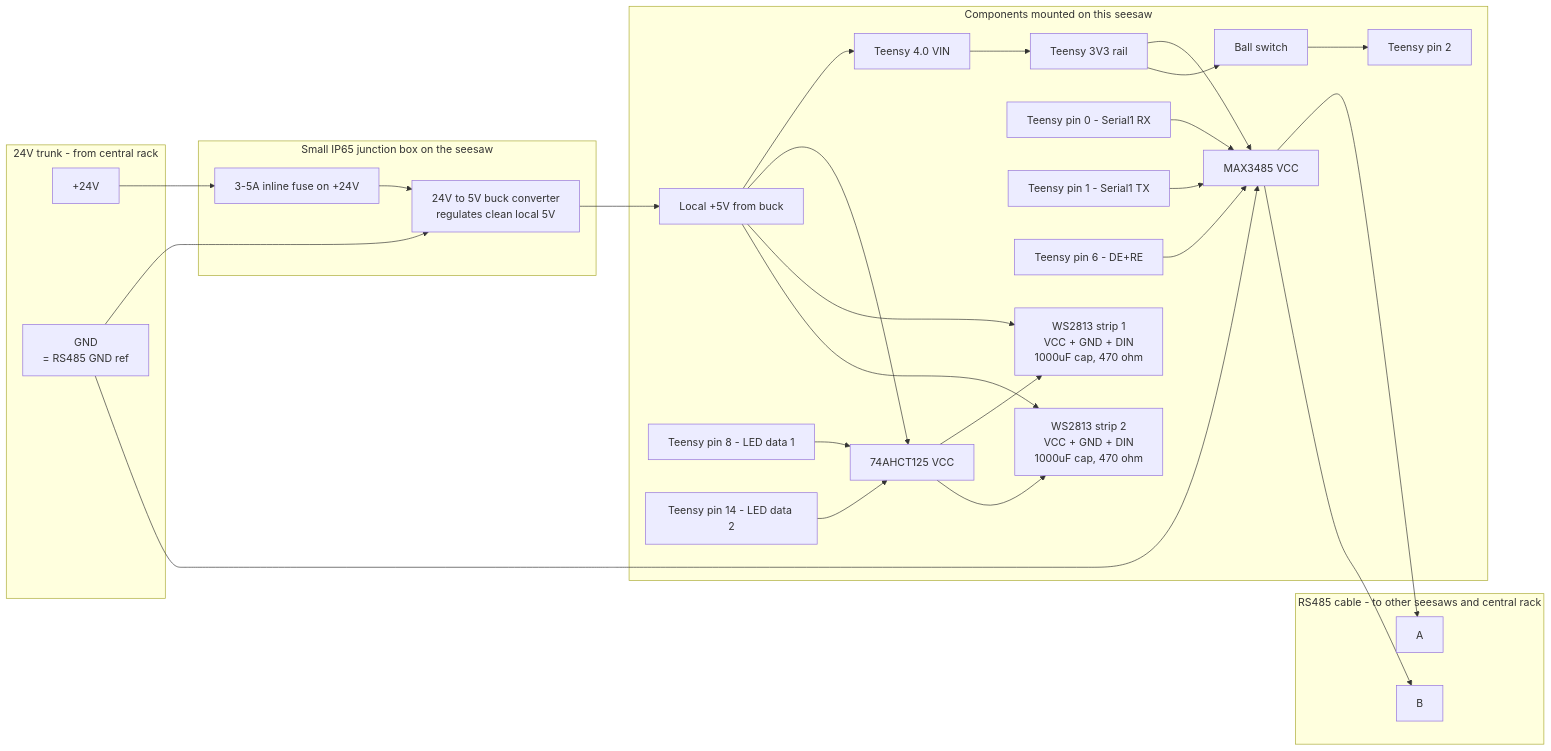
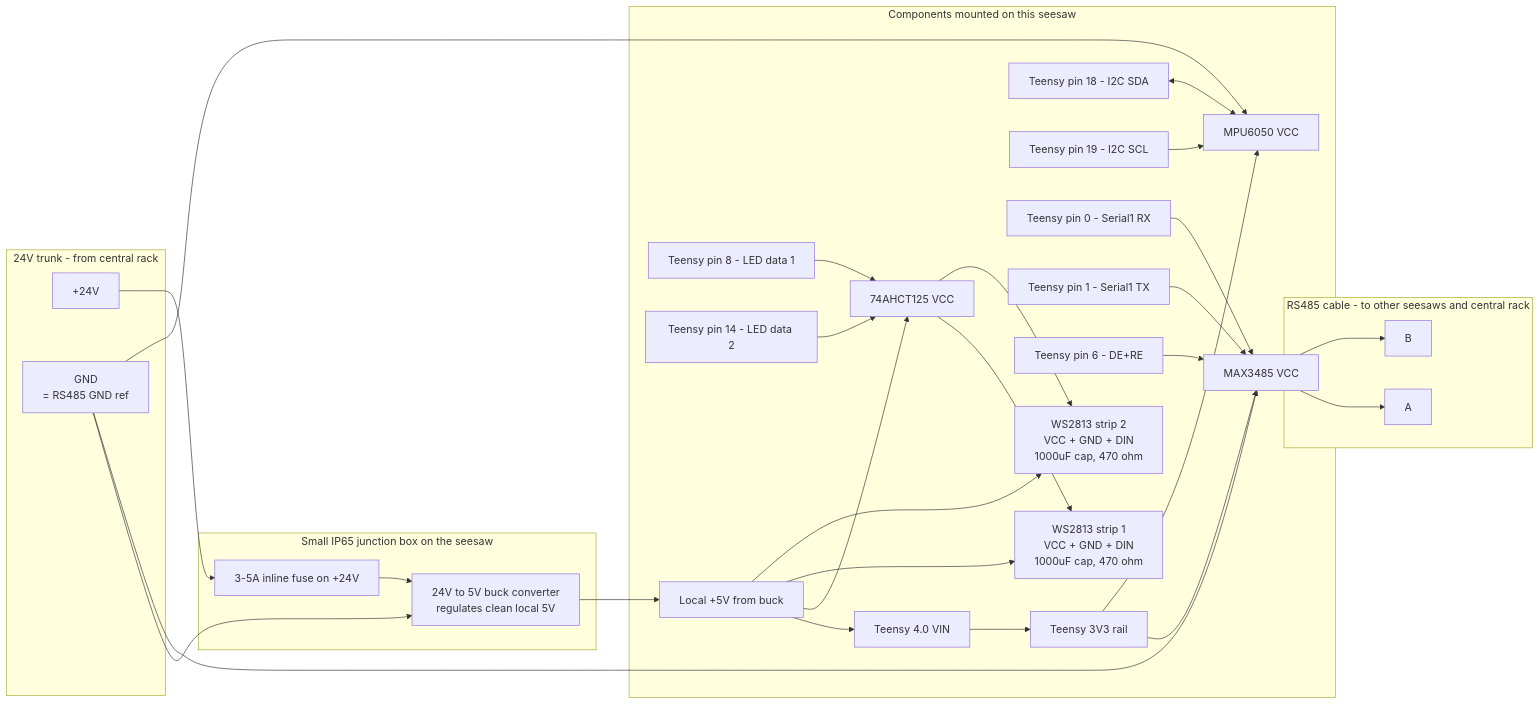
One commit to walkerkaiman/Seesaws changed the second of 3 diagrams in README.md. Above: the diagram before and after it, drawn with Mermaid. The commit also changed other lines of this file and 3 other files, not shown here.

````diff
--- a/README.md
+++ b/README.md
@@ -110,48 +110,52 @@
 ```mermaid
 flowchart LR
     subgraph Trunk24 [24V trunk - from central rack]
         BusV["+24V"]
         BusG["GND<br/>= RS485 GND ref"]
     end
     subgraph RS485 [RS485 cable - to other seesaws and central rack]
         RA["A"]
         RB["B"]
     end
     subgraph IPbox [Small IP65 junction box on the seesaw]
         Fuse["3-5A inline fuse on +24V"]
         Buck["24V to 5V buck converter<br/>regulates clean local 5V"]
     end
     subgraph Onseesaw [Components mounted on this seesaw]
         Local5V["Local +5V from buck"]
         VIN["Teensy 4.0 VIN"]
         V3["Teensy 3V3 rail"]
         XCVR["MAX3485 VCC"]
         Shifter["74AHCT125 VCC"]
-        Tilt["Ball switch"]
-        Pin2["Teensy pin 2"]
+        MPU["MPU6050 VCC"]
+        Pin18["Teensy pin 18 - I2C SDA"]
+        Pin19["Teensy pin 19 - I2C SCL"]
         Pin8["Teensy pin 8 - LED data 1"]
         Pin14["Teensy pin 14 - LED data 2"]
         Pin0["Teensy pin 0 - Serial1 RX"]
         Pin1["Teensy pin 1 - Serial1 TX"]
         Pin6["Teensy pin 6 - DE+RE"]
         Strip1["WS2813 strip 1<br/>VCC + GND + DIN<br/>1000uF cap, 470 ohm"]
         Strip2["WS2813 strip 2<br/>VCC + GND + DIN<br/>1000uF cap, 470 ohm"]
     end
     BusV --> Fuse --> Buck --> Local5V
     BusG --> Buck
     BusG --> XCVR
+    BusG --> MPU
     Local5V --> VIN
     Local5V --> Shifter
     Local5V --> Strip1
     Local5V --> Strip2
     VIN --> V3
     V3 --> XCVR
-    V3 --> Tilt --> Pin2
+    V3 --> MPU
+    Pin18 <--> MPU
+    Pin19 --> MPU
     Pin8 --> Shifter --> Strip1
     Pin14 --> Shifter --> Strip2
     Pin0 --> XCVR
     Pin1 --> XCVR
     Pin6 --> XCVR
     XCVR --> RA
     XCVR --> RB
 ```
````
